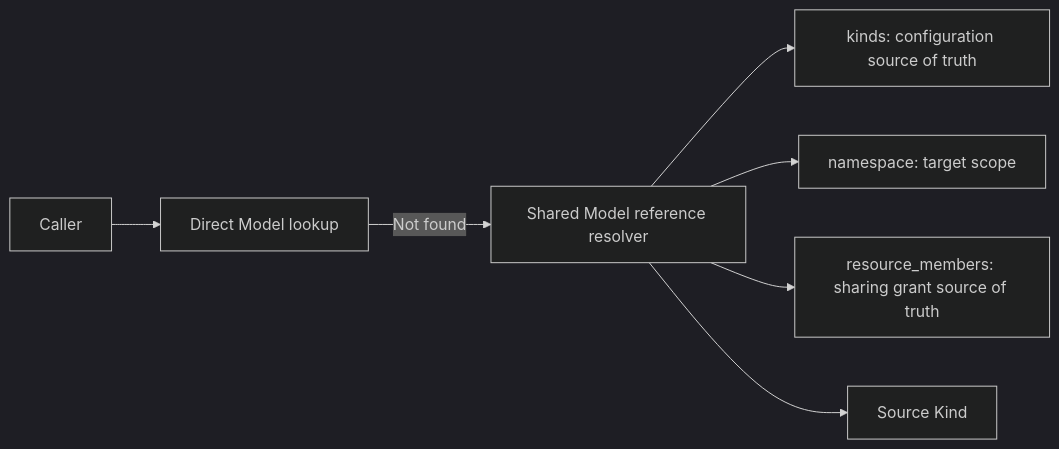
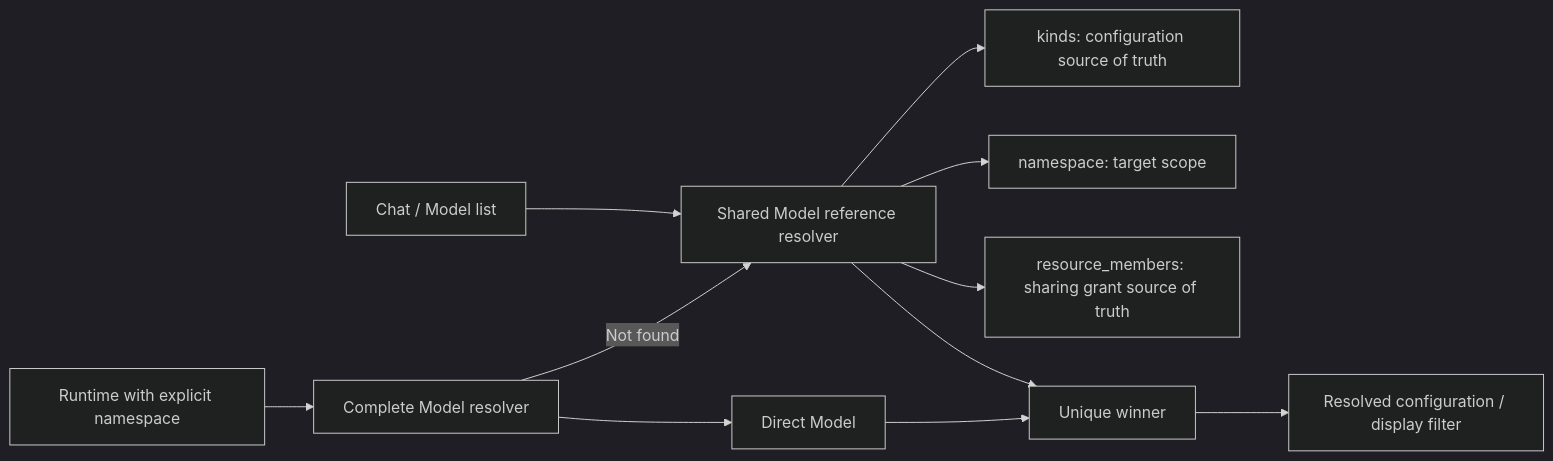
Before and after one commit to wecode-ai/Wegent: the first of 2 diagrams in docs/en/architecture/capability-reference-resolution.md, drawn with Mermaid (dark theme). The commit also changed other lines of this file and 12 other files, not shown here.

````diff
--- a/docs/en/architecture/capability-reference-resolution.md
+++ b/docs/en/architecture/capability-reference-resolution.md
@@ -14,9 +15,13 @@
 ```mermaid
 flowchart LR
-    C["Caller"] --> D["Direct Model lookup"]
-    D -->|Not found| R["Shared Model reference resolver"]
-    R --> K["kinds: configuration source of truth"]
-    R --> N["namespace: target scope"]
-    R --> M["resource_members: sharing grant source of truth"]
-    R --> S["Source Kind"]
+    C["Runtime with explicit namespace"] --> R["Complete Model resolver"]
+    R --> D["Direct Model"]
+    R -->|Not found| S["Shared Model reference resolver"]
+    X["Chat / Model list"] --> S
+    S --> K["kinds: configuration source of truth"]
+    S --> N["namespace: target scope"]
+    S --> M["resource_members: sharing grant source of truth"]
+    D --> W["Unique winner"]
+    S --> W
+    W --> U["Resolved configuration / display filter"]
 ```
````
